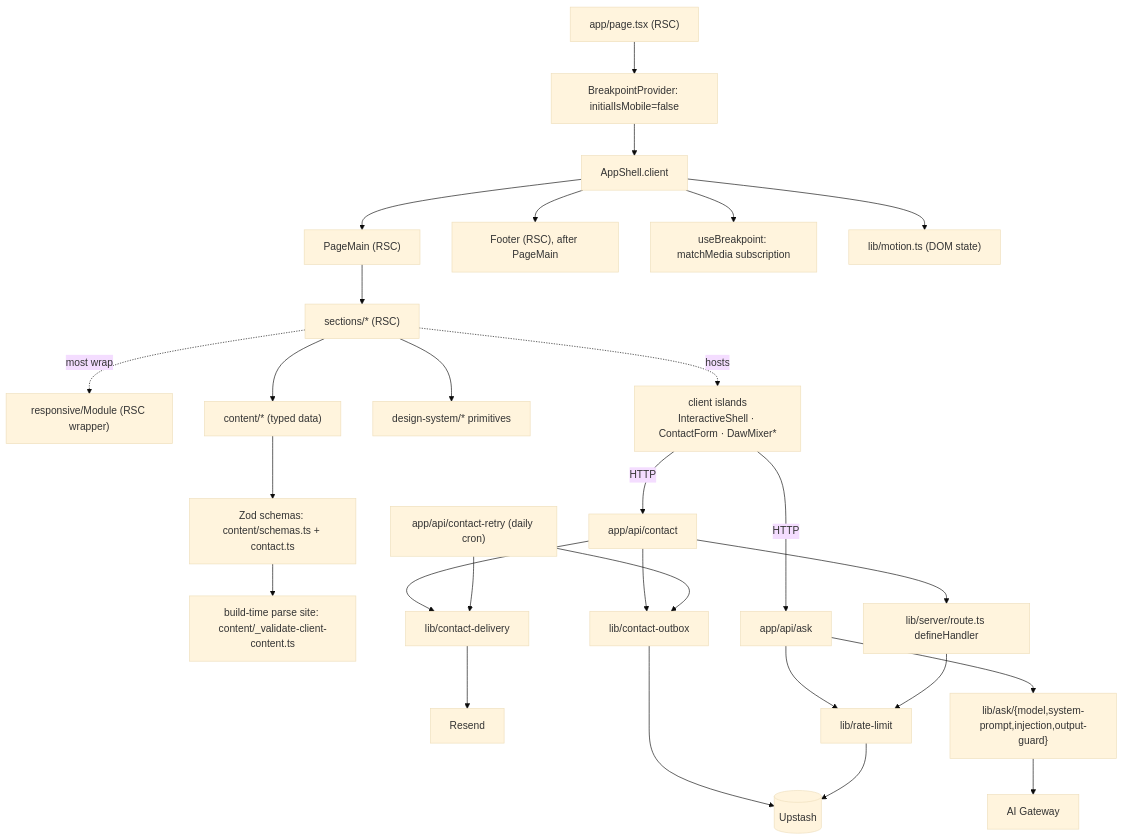
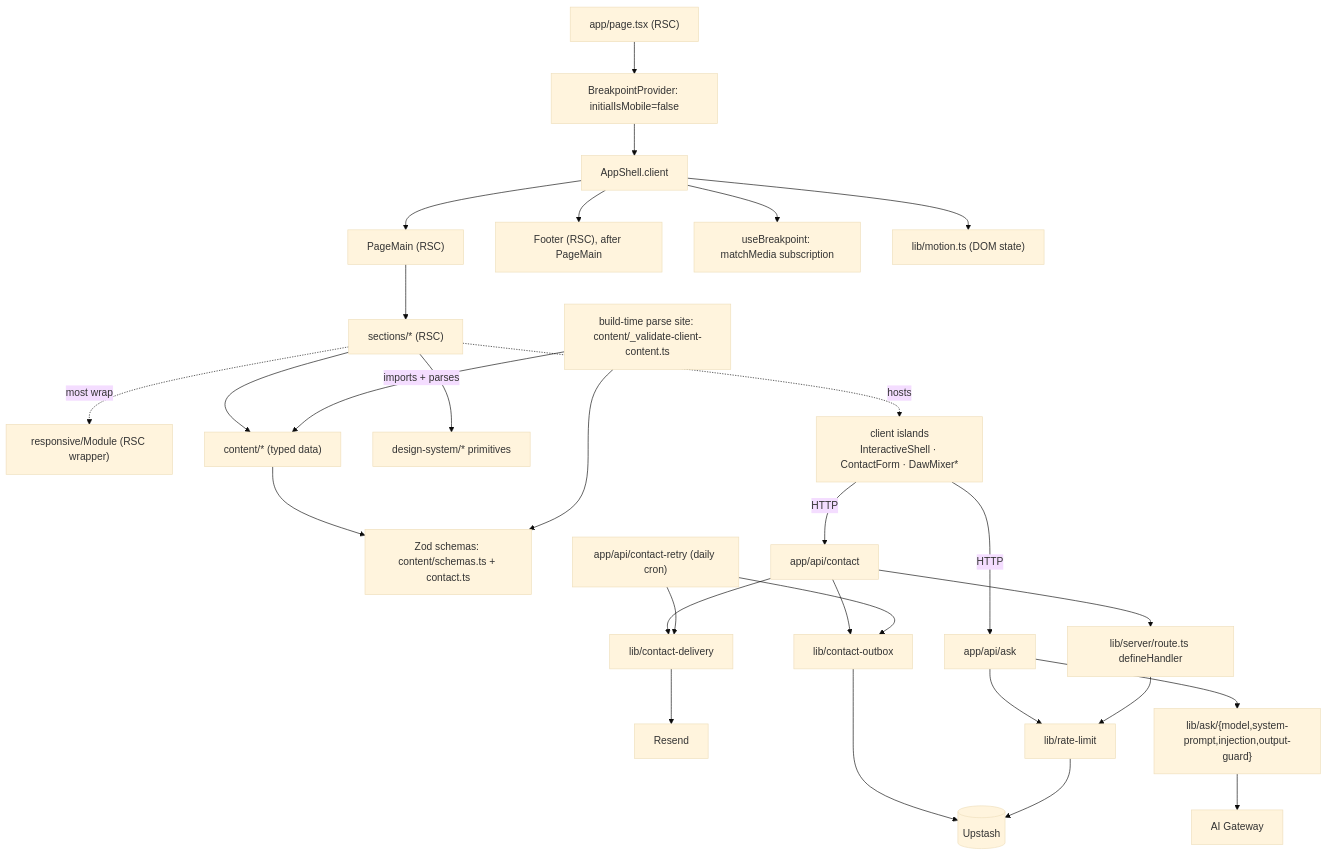
One commit to erikunha/portfolio changed the third of 3 diagrams in docs/01-architecture.md. Above: the diagram before and after it, drawn with Mermaid (base theme). The commit also changed other lines of this file and 26 other files, not shown here.

First line of the commit message:
docs(sync): re-sync docs and mermaid diagrams to the redesigned chrome

````diff
--- a/docs/01-architecture.md
+++ b/docs/01-architecture.md
@@ -97,30 +100,31 @@
 ```mermaid
 flowchart TD
     page["app/page.tsx (RSC)"] --> bp["BreakpointProvider: initialIsMobile=false"]
     bp --> shell["AppShell.client"]
     shell --> main["PageMain (RSC)"]
     main --> sectionN["sections/* (RSC)"]
     shell --> footer["Footer (RSC), after PageMain"]
     sectionN -. most wrap .-> module["responsive/Module (RSC wrapper)"]
     sectionN --> content["content/* (typed data)"]
     sectionN --> dsprim["design-system/* primitives"]
     sectionN -. hosts .-> island["client islands<br/>InteractiveShell · ContactForm · DawMixer*"]
     content --> schemas["Zod schemas: content/schemas.ts + contact.ts"]
-    schemas --> gate["build-time parse site: content/_validate-client-content.ts"]
+    gate["build-time parse site: content/_validate-client-content.ts"] -->|imports + parses| content
+    gate --> schemas
     island -->|HTTP| apiask["app/api/ask"]
     island -->|HTTP| apicontact["app/api/contact"]
     apicontact --> defh["lib/server/route.ts defineHandler"]
     apicontact --> delivery["lib/contact-delivery"]
     apicontact --> outbox["lib/contact-outbox"]
     retry["app/api/contact-retry (daily cron)"] --> delivery
     retry --> outbox
     outbox --> redis
     delivery --> resend["Resend"]
     apiask --> rl["lib/rate-limit"]
     apiask --> askmod["lib/ask/{model,system-prompt,injection,output-guard}"]
     defh --> rl
     rl --> redis[("Upstash")]
     askmod --> gw["AI Gateway"]
     shell --> media["useBreakpoint: matchMedia subscription"]
     shell --> motion["lib/motion.ts (DOM state)"]
 ```
````
